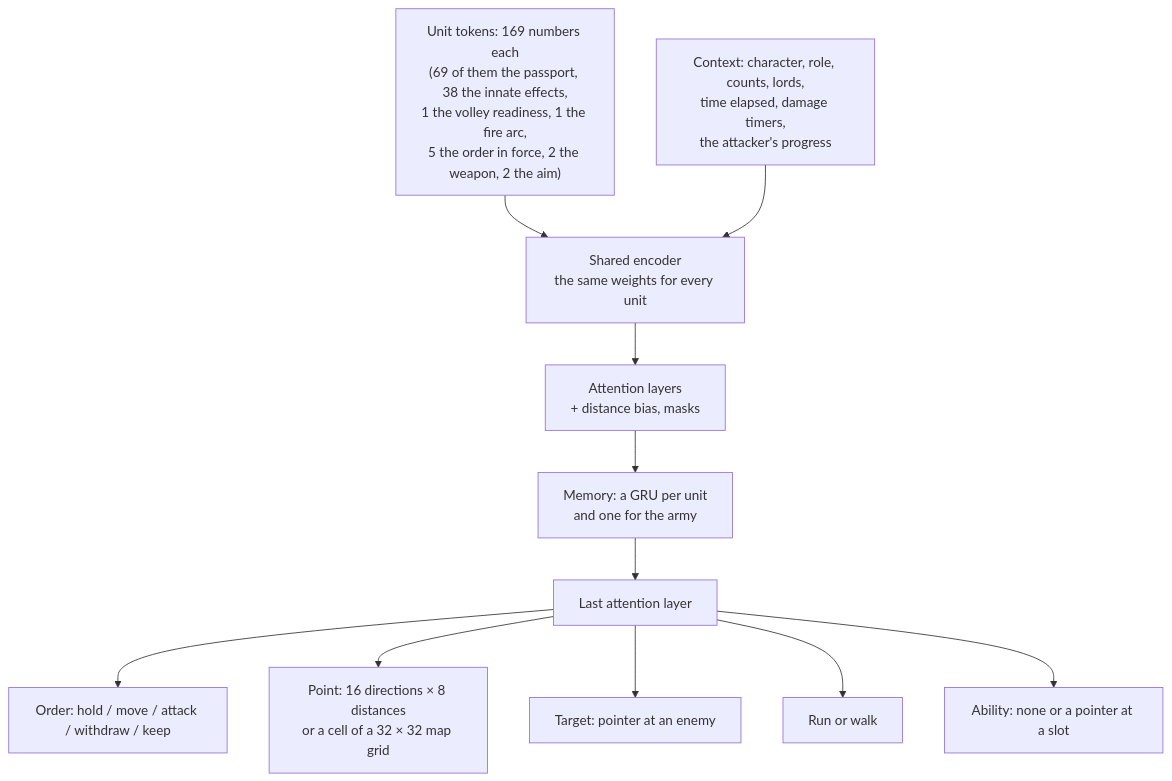
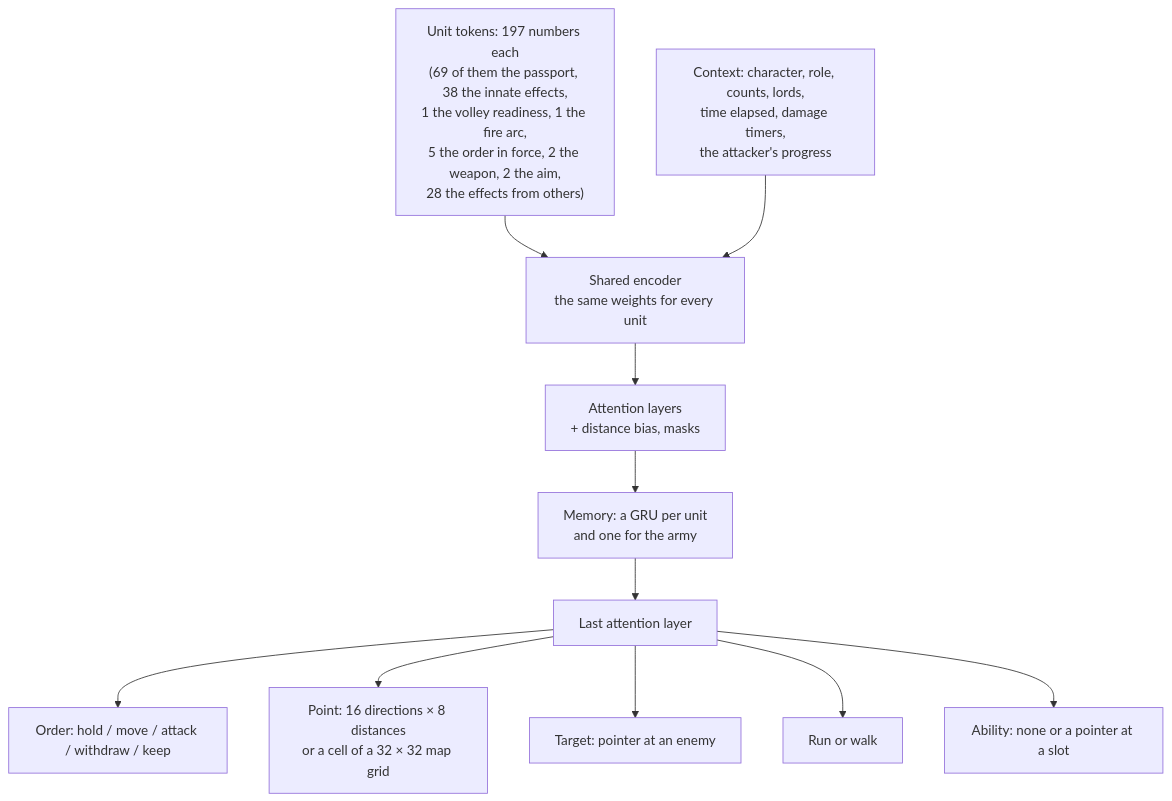
The second of 3 diagrams in docs/en/training/model.md (DimaZero7/TWW3-batle-ai), drawn with Mermaid before and after one commit. The commit also changed other lines of this file and 33 other files, not shown here.

````diff
--- a/docs/en/training/model.md
+++ b/docs/en/training/model.md
@@ -298,13 +329,13 @@
 ```mermaid
 flowchart TB
-  tok["Unit tokens: 169 numbers each<br/>(69 of them the passport, 38 the innate effects,<br/>1 the volley readiness, 1 the fire arc,<br/>5 the order in force, 2 the weapon, 2 the aim)"] --> enc["Shared encoder<br/>the same weights for every unit"]
+  tok["Unit tokens: 197 numbers each<br/>(69 of them the passport, 38 the innate effects,<br/>1 the volley readiness, 1 the fire arc,<br/>5 the order in force, 2 the weapon, 2 the aim,<br/>28 the effects from others)"] --> enc["Shared encoder<br/>the same weights for every unit"]
   ctx["Context: character, role, counts, lords,<br/>time elapsed, damage timers,<br/>the attacker's progress"] --> enc
   enc --> att["Attention layers<br/>+ distance bias, masks"]
   att --> gru["Memory: a GRU per unit<br/>and one for the army"]
   gru --> last["Last attention layer"]
   last --> kind["Order: hold / move / attack / withdraw / keep"]
   last --> point["Point: 16 directions × 8 distances<br/>or a cell of a 32 × 32 map grid"]
   last --> ptr["Target: pointer at an enemy"]
   last --> run["Run or walk"]
   last --> abil["Ability: none or a pointer at a slot"]
 ```
````
